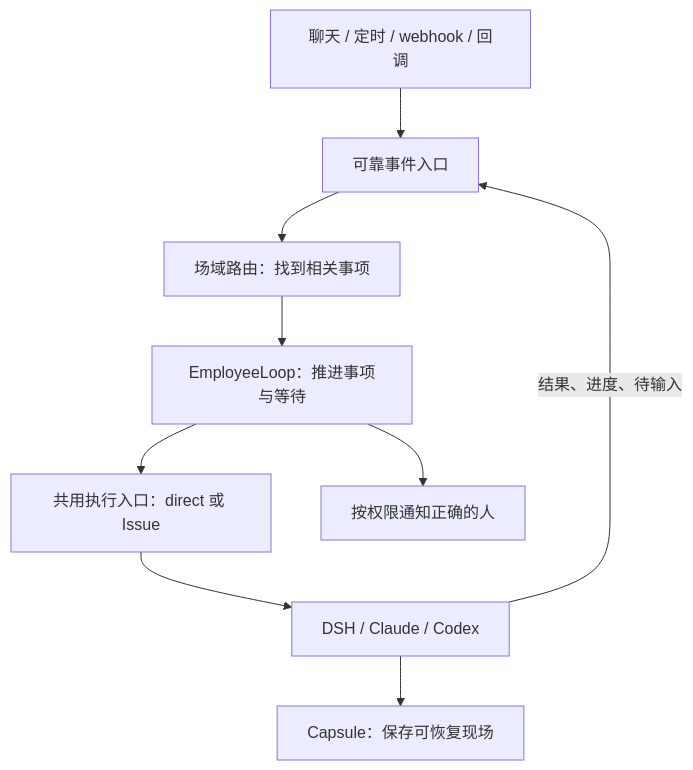
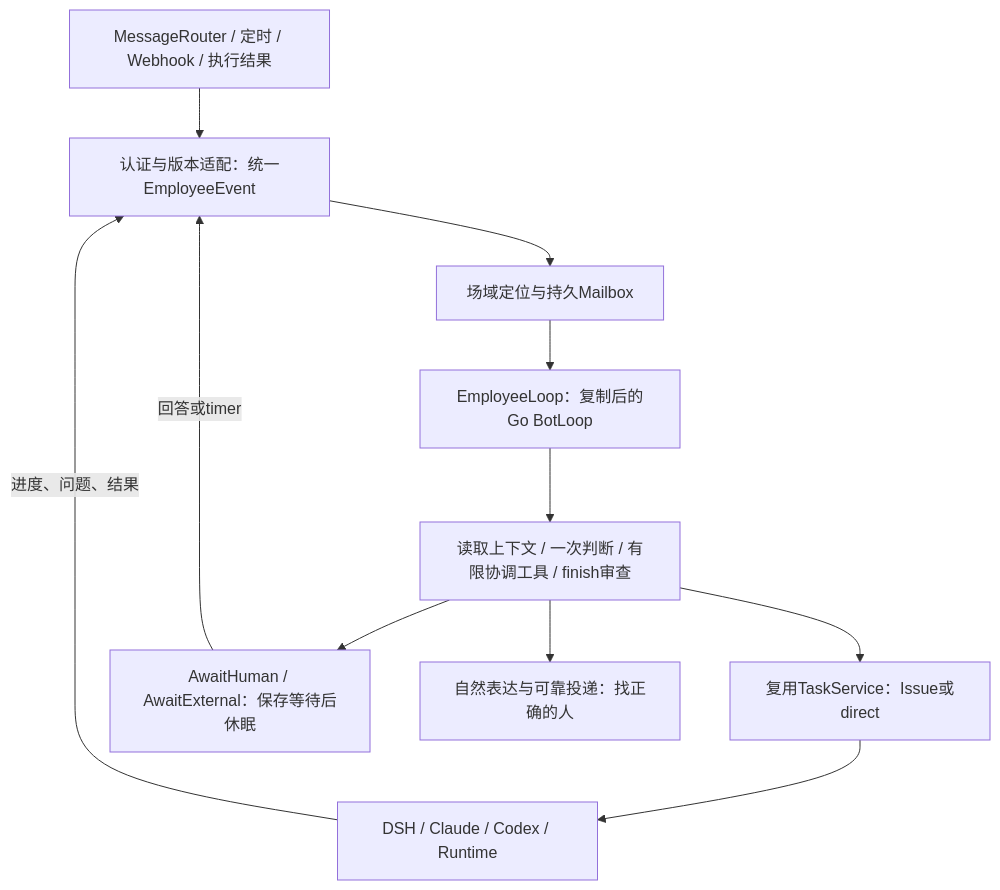
One commit to D1-2004/multica changed the diagram in docs/plans/2026-09-30/employee-loop-overview.md. Above: the diagram before and after it, drawn with Mermaid. The commit also changed other lines of this file and 2 other files, not shown here.

First line of the commit message:
docs(employee-loop): 明确独立内核与统一事件契约并新增 HTML 方案

````diff
--- a/docs/plans/2026-09-30/employee-loop-overview.md
+++ b/docs/plans/2026-09-30/employee-loop-overview.md
@@ -9,11 +25,13 @@
 ```mermaid
 flowchart TD
-  A[聊天 / 定时 / webhook / 回调] --> B[可靠事件入口]
-  B --> C[场域路由：找到相关事项]
-  C --> D[EmployeeLoop：推进事项与等待]
-  D --> E[共用执行入口：direct 或 Issue]
-  E --> F[DSH / Claude / Codex]
-  F -->|结果、进度、待输入| B
-  D --> G[按权限通知正确的人]
-  F --> H[Capsule：保存可恢复现场]
+  S[MessageRouter / 定时 / Webhook / 执行结果] --> E[认证与版本适配：统一EmployeeEvent]
+  E --> M[场域定位与持久Mailbox]
+  M --> L[EmployeeLoop：复制后的Go BotLoop]
+  L --> C[读取上下文 / 一次判断 / 有限协调工具 / finish审查]
+  C --> X[复用TaskService：Issue或direct]
+  X --> H[DSH / Claude / Codex / Runtime]
+  C --> W[AwaitHuman / AwaitExternal：保存等待后休眠]
+  H -->|进度、问题、结果| E
+  W -->|回答或timer| E
+  C --> R[自然表达与可靠投递：找正确的人]
 ```
````
